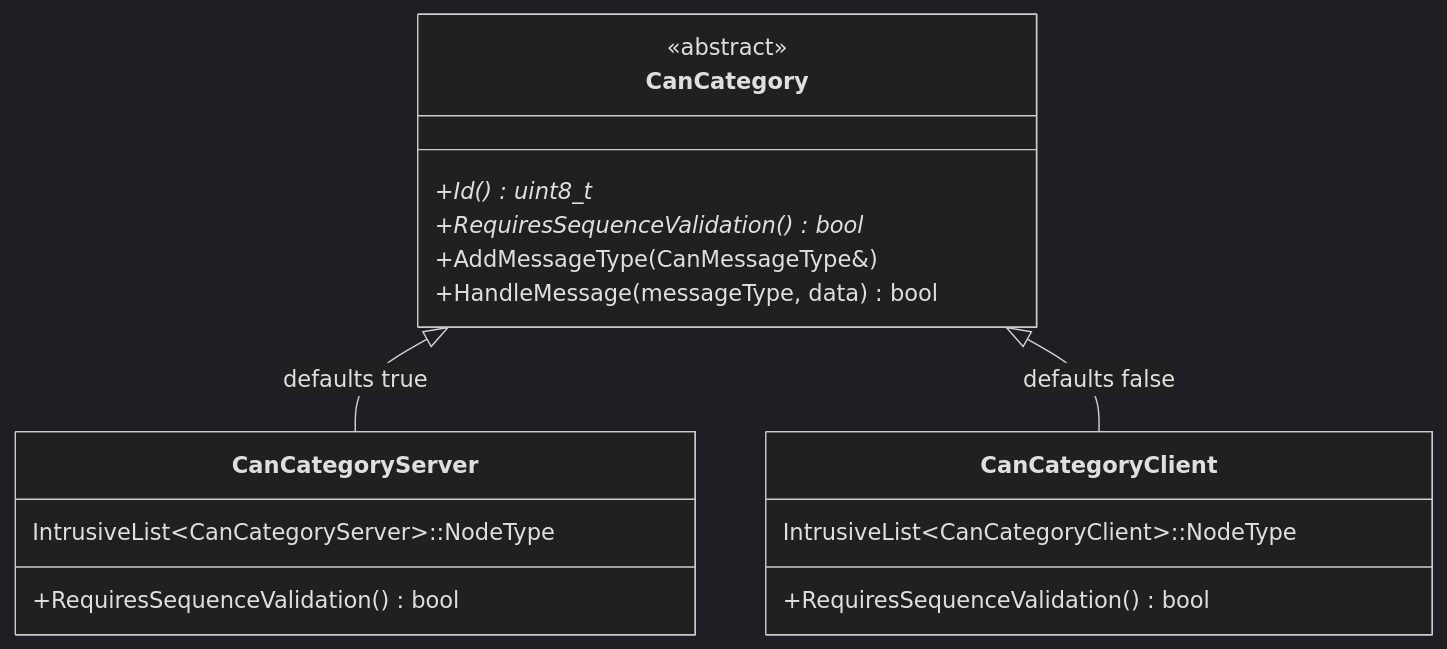
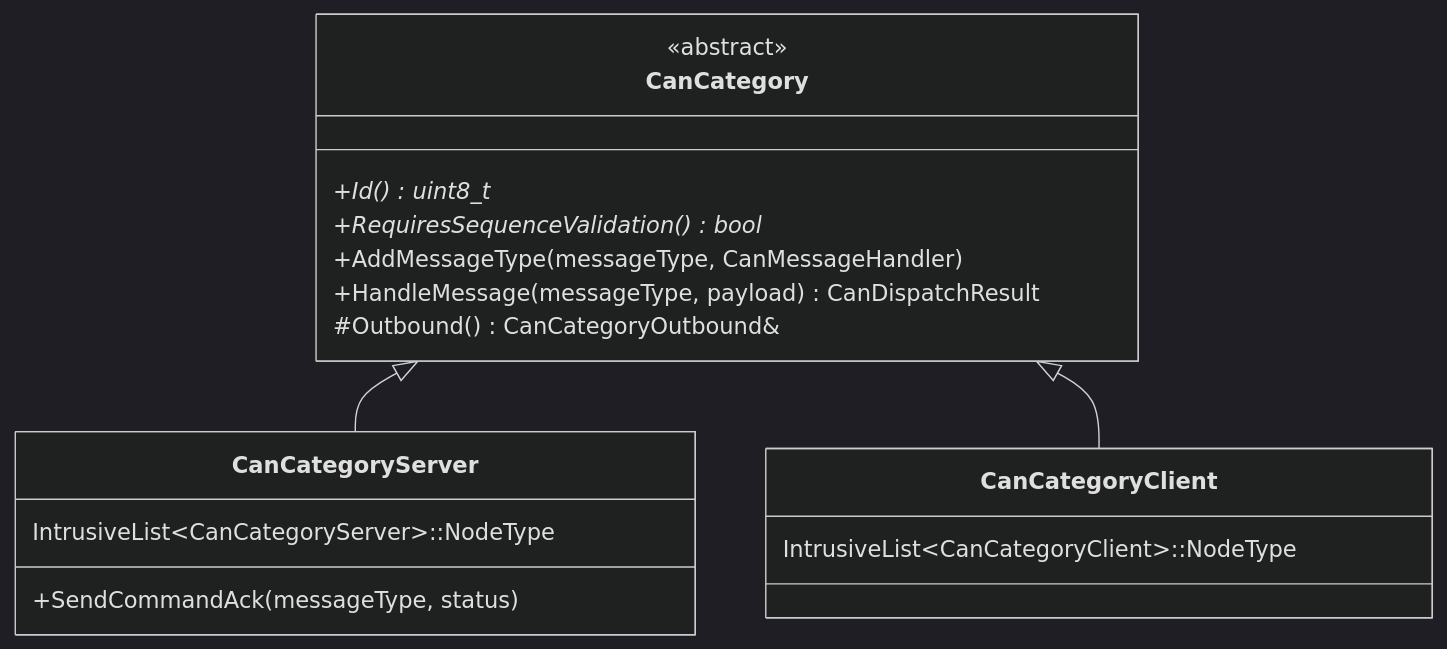
One commit to embedded-pro/can-lite changed the second of 4 diagrams in documents/design/architecture.md. Above: the diagram before and after it, drawn with Mermaid (dark theme). The commit also changed 10 other files, not shown here.

````diff
--- a/documents/design/architecture.md
+++ b/documents/design/architecture.md
@@ -98,23 +98,23 @@
 ```mermaid
 classDiagram
     class CanCategory {
         <<abstract>>
         +Id() uint8_t*
         +RequiresSequenceValidation() bool*
-        +AddMessageType(CanMessageType&)
-        +HandleMessage(messageType, data) bool
+        +AddMessageType(messageType, CanMessageHandler)
+        +HandleMessage(messageType, payload) CanDispatchResult
+        #Outbound() CanCategoryOutbound&
     }
 
     class CanCategoryServer {
-        +RequiresSequenceValidation() bool
+        +SendCommandAck(messageType, status)
         IntrusiveList~CanCategoryServer~::NodeType
     }
 
     class CanCategoryClient {
-        +RequiresSequenceValidation() bool
         IntrusiveList~CanCategoryClient~::NodeType
     }
 
-    CanCategory <|-- CanCategoryServer : defaults true
-    CanCategory <|-- CanCategoryClient : defaults false
+    CanCategory <|-- CanCategoryServer
+    CanCategory <|-- CanCategoryClient
 ```
````
